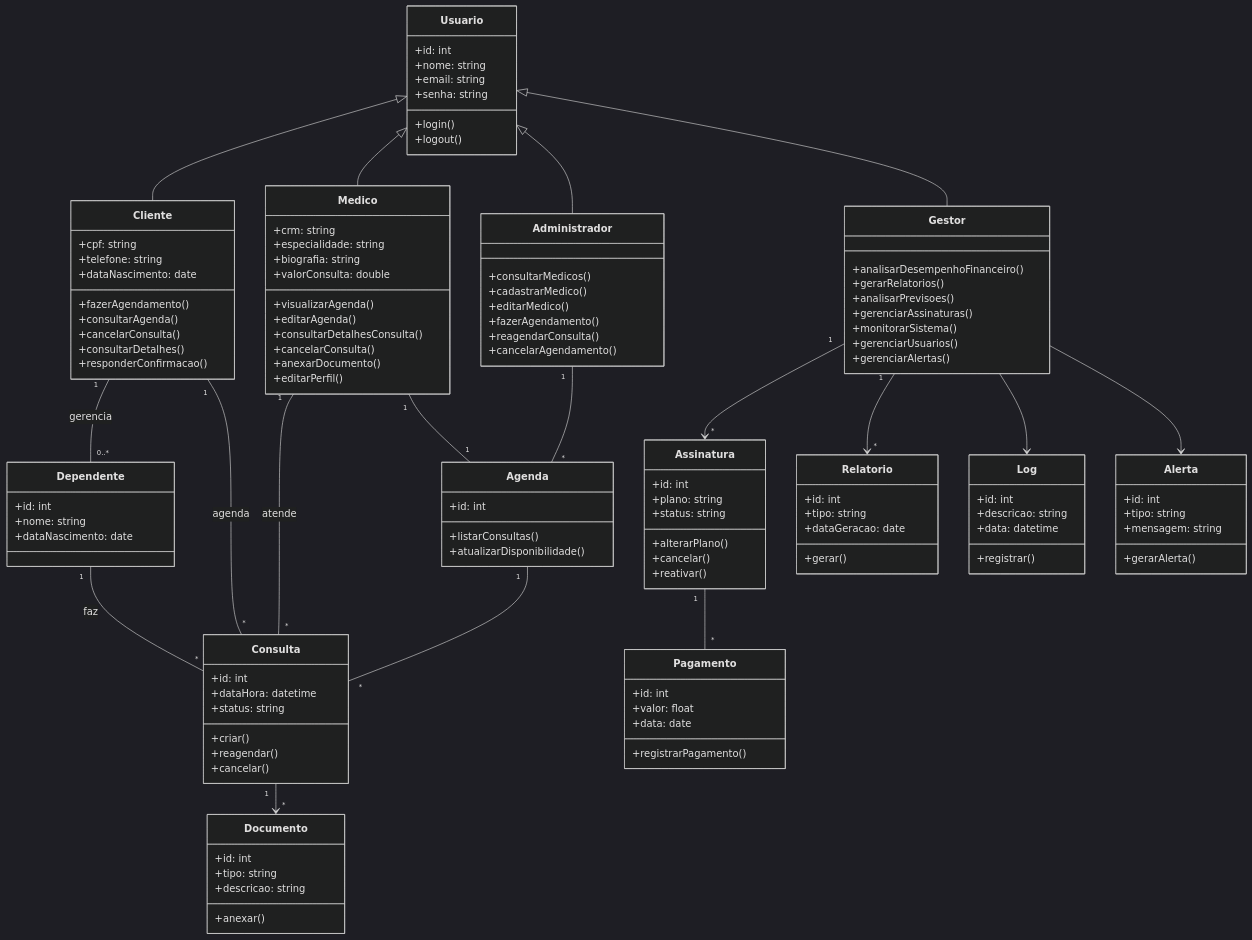
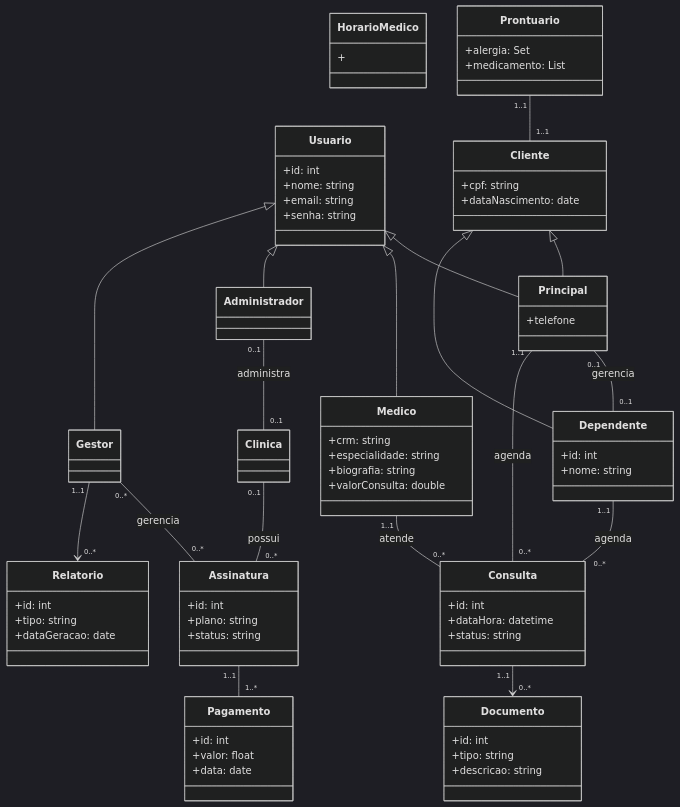
The diagram in docs/diagrama de classe.md (InsaneCaio/eng-soft-2026-1), drawn with Mermaid (dark theme) before and after one commit.

````diff
--- a/docs/diagrama de classe.md
+++ b/docs/diagrama de classe.md
@@ -12,25 +12,10 @@
     +nome: string
     +email: string
     +senha: string
-    +login()
-    +logout()
 }
 
-class Cliente {
-    +cpf: string
-    +telefone: string
-    +dataNascimento: date
-    +fazerAgendamento()
-    +consultarAgenda()
-    +cancelarConsulta()
-    +consultarDetalhes()
-    +responderConfirmacao()
-}
-
-class Dependente {
-    +id: int
-    +nome: string
-    +dataNascimento: date
+class Principal {
+    +telefone
 }
 
 class Medico {
@@ -38,43 +23,62 @@
     +especialidade: string
     +biografia: string
     +valorConsulta: double
-    +visualizarAgenda()
-    +editarAgenda()
-    +consultarDetalhesConsulta()
-    +cancelarConsulta()
-    +anexarDocumento()
-    +editarPerfil()
 }
 
 class Administrador {
-    +consultarMedicos()
-    +cadastrarMedico()
-    +editarMedico()
-    +fazerAgendamento()
-    +reagendarConsulta()
-    +cancelarAgendamento()
 }
 
 class Gestor {
-    +analisarDesempenhoFinanceiro()
-    +gerarRelatorios()
-    +analisarPrevisoes()
-    +gerenciarAssinaturas()
-    +monitorarSistema()
-    +gerenciarUsuarios()
-    +gerenciarAlertas()
 }
 
-Usuario <|-- Cliente
+Usuario <|-- Principal
 Usuario <|-- Medico
 Usuario <|-- Administrador
 Usuario <|-- Gestor
 
 %% =======================
+%% CLIENTE (HERANÇA)
+%% =======================
+
+class Cliente {
+    +cpf: string
+    +dataNascimento: date
+}
+
+class Dependente {
+    +id: int
+    +nome: string
+}
+
+Cliente <|-- Principal
+Cliente <|-- Dependente
+
+%% =======================
 %% RELAÇÃO PACIENTE - DEPENDENTE
 %% =======================
 
-Cliente "1" -- "0..*" Dependente : gerencia
+Principal "0..1" -- "0..1" Dependente : gerencia
+
+
+%% =======================
+%% CLINICA - RELACIONAMENTOS
+%% =======================
+
+class Clinica{
+    
+}
+
+Administrador "0..1" -- "0..1" Clinica : administra
+Gestor "0..*" -- "0..*" Assinatura : gerencia
+Clinica "0..1" -- "0..*" Assinatura : possui
+
+%% =======================
+%% DISPONIBILIDADE MÉDICO
+%% =======================
+
+class HorarioMedico{
+    +
+}
 
 %% =======================
 %% AGENDAMENTO
@@ -84,24 +88,22 @@
     +id: int
     +dataHora: datetime
     +status: string
-    +criar()
-    +reagendar()
-    +cancelar()
 }
 
-class Agenda {
-    +id: int
-    +listarConsultas()
-    +atualizarDisponibilidade()
+Principal "1..1" -- "0..*" Consulta : agenda
+Dependente "1..1" -- "0..*" Consulta : agenda
+Medico "1..1" -- "0..*" Consulta : atende
+
+%% =======================
+%% PRONTUÁRIO
+%% =======================
+
+class Prontuario {
+    +alergia: Set<string>
+    +medicamento: List<string>
 }
 
-Cliente "1" -- "*" Consulta : agenda
-Dependente "1" -- "*" Consulta : faz
-Medico "1" -- "*" Consulta : atende
-
-Medico "1" -- "1" Agenda
-Administrador "1" -- "*" Agenda
-Agenda "1" -- "*" Consulta
+Prontuario "1..1" -- "1..1" Cliente
 
 %% =======================
 %% DOCUMENTOS MÉDICOS
@@ -111,10 +113,9 @@
     +id: int
     +tipo: string
     +descricao: string
-    +anexar()
 }
 
-Consulta "1" --> "*" Documento
+Consulta "1..1" --> "0..*" Documento
 
 %% =======================
 %% ASSINATURA / FINANCEIRO
@@ -124,20 +125,15 @@
     +id: int
     +plano: string
     +status: string
-    +alterarPlano()
-    +cancelar()
-    +reativar()
 }
 
 class Pagamento {
     +id: int
     +valor: float
     +data: date
-    +registrarPagamento()
 }
 
-Assinatura "1" -- "*" Pagamento
-Gestor "1" --> "*" Assinatura
+Assinatura "1..1" -- "1..*" Pagamento
 
 %% =======================
 %% RELATÓRIOS
@@ -147,30 +143,7 @@
     +id: int
     +tipo: string
     +dataGeracao: date
-    +gerar()
 }
 
-Gestor "1" --> "*" Relatorio
-
-%% =======================
-%% SISTEMA / MONITORAMENTO
-%% =======================
-
-class Log {
-    +id: int
-    +descricao: string
-    +data: datetime
-    +registrar()
-}
-
-class Alerta {
-    +id: int
-    +tipo: string
-    +mensagem: string
-    +gerarAlerta()
-}
-
-Gestor --> Log
-Gestor --> Alerta
-
+Gestor "1..1" --> "0..*" Relatorio
 ```
````
